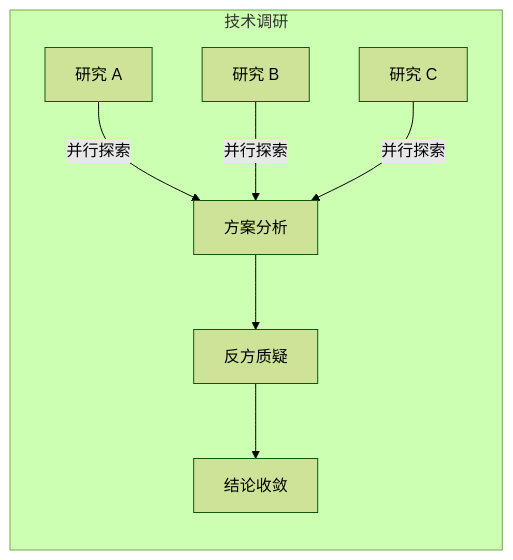
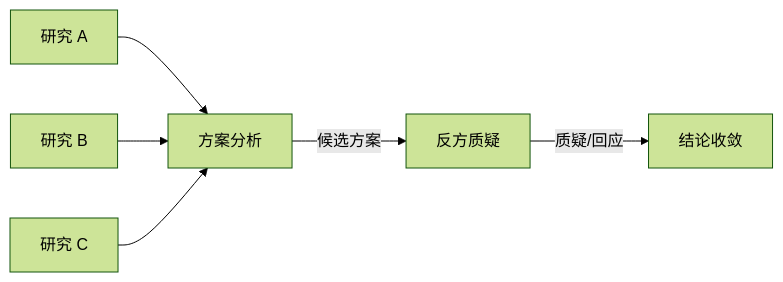
One commit to icylight/pi-tavern changed the sixth of 6 diagrams in README.md. Above: the diagram before and after it, drawn with Mermaid (forest theme). The commit also changed other lines of this file and 1 other file, not shown here.

Commit message:
docs(readme): 团队示例整合 Dev 素材包——5 列对比表格（触发/信息流/拓扑/协作约定）+ 详细 Mermaid（QA 预审通过，中英对等）

````diff
--- a/README.md
+++ b/README.md
@@ -112,8 +109,8 @@
 ```mermaid
 flowchart LR
-    subgraph 技术调研
-        R1[研究 A] & R2[研究 B] & R3[研究 C] -->|并行探索| N[方案分析]
-        N --> G[反方质疑]
-        G --> C[结论收敛]
-    end
+    R1["研究 A"] --> SA["方案分析"]
+    R2["研究 B"] --> SA
+    R3["研究 C"] --> SA
+    SA -->|"候选方案"| AD["反方质疑"]
+    AD -->|"质疑/回应"| CC["结论收敛"]
 ```
````
